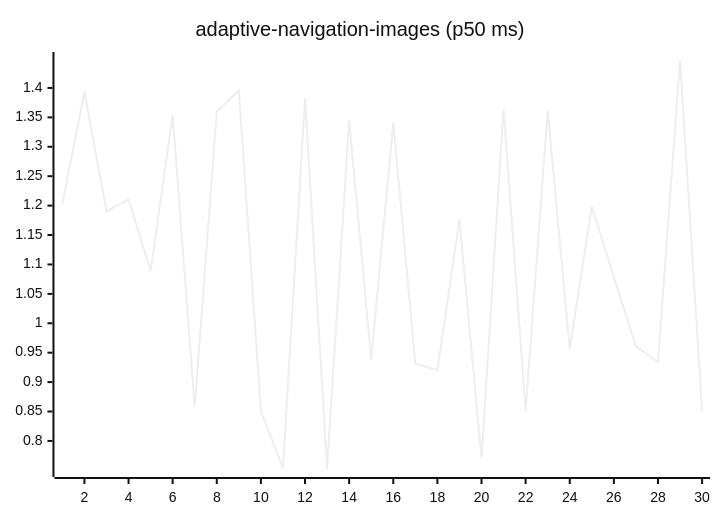
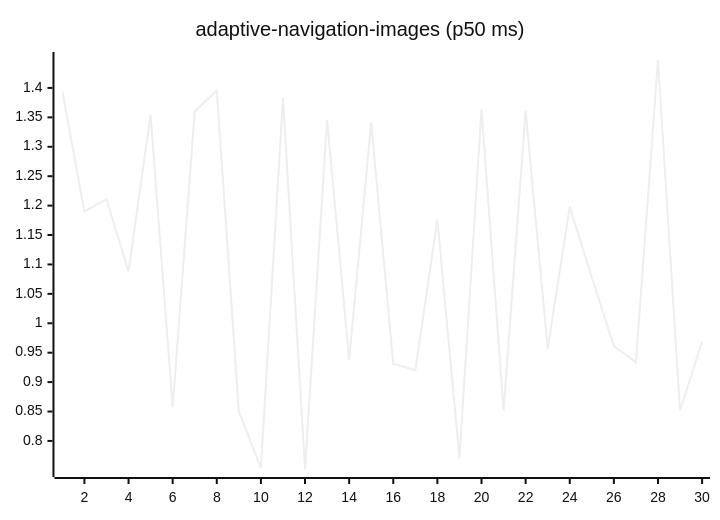
The first of 27 diagrams in README.md (josha/Facet), drawn with Mermaid (neutral theme) before and after one commit. The commit also changed other lines of this file and 2 other files, not shown here.

````diff
--- a/README.md
+++ b/README.md
@@ -63,6 +63,6 @@
 ```mermaid
 xychart-beta
     title "adaptive-navigation-images (p50 ms)"
     x-axis 1 --> 30
-    line [1.2030, 1.3942, 1.1900, 1.2110, 1.0882, 1.3541, 0.8576, 1.3599, 1.3956, 0.8504, 0.7540, 1.3829, 0.7523, 1.3455, 0.9380, 1.3415, 0.9312, 0.9201, 1.1763, 0.7707, 1.3642, 0.8516, 1.3610, 0.9567, 1.1983, 1.0783, 0.9612, 0.9339, 1.4475, 0.8514]
+    line [1.3942, 1.1900, 1.2110, 1.0882, 1.3541, 0.8576, 1.3599, 1.3956, 0.8504, 0.7540, 1.3829, 0.7523, 1.3455, 0.9380, 1.3415, 0.9312, 0.9201, 1.1763, 0.7707, 1.3642, 0.8516, 1.3610, 0.9567, 1.1983, 1.0783, 0.9612, 0.9339, 1.4475, 0.8514, 0.9690]
 ```
````
